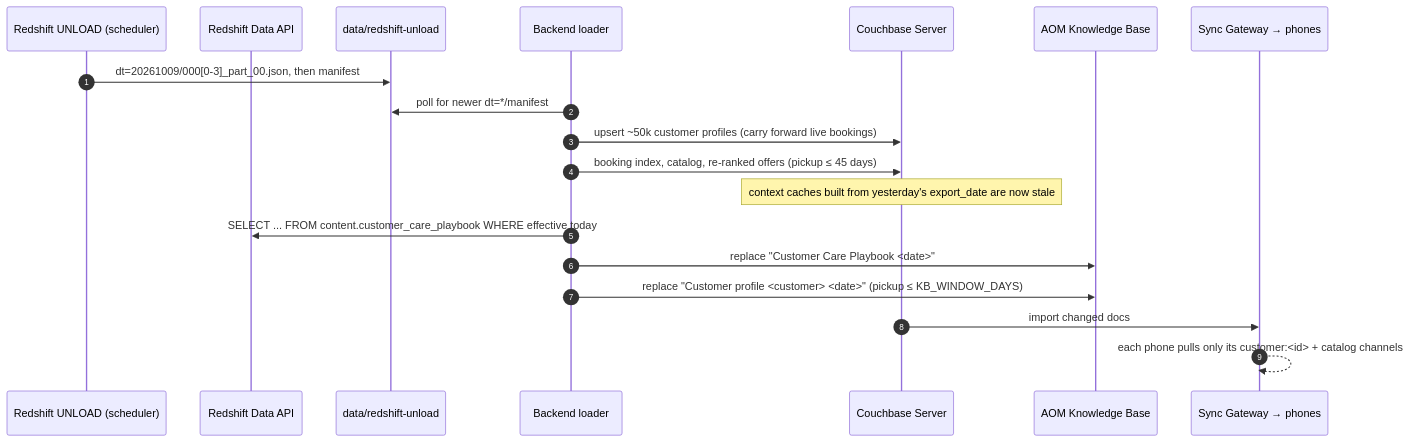
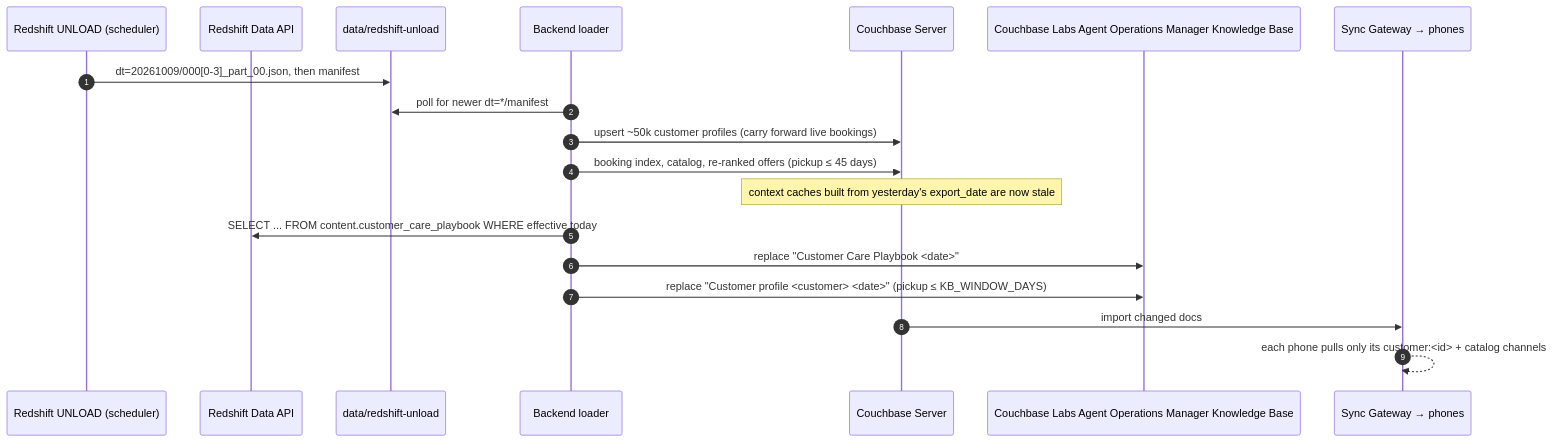
The second of 3 diagrams in README.md (Couchbase-Field-Engineering/couchbase-cars-mobile-ai-personalization-demo), drawn with Mermaid before and after one commit. The commit also changed other lines of this file and 12 other files, not shown here.

First line of the commit message:
Use the Couchbase Labs Agent Operations Manager name

````diff
--- a/README.md
+++ b/README.md
@@ -137,22 +137,22 @@
 ```mermaid
 sequenceDiagram
   autonumber
   participant DBX as Redshift UNLOAD (scheduler)
   participant Redshift as Redshift Data API
   participant DROP as data/redshift-unload
   participant L as Backend loader
   participant CB as Couchbase Server
-  participant AOM as AOM Knowledge Base
+  participant AOM as Couchbase Labs Agent Operations Manager Knowledge Base
   participant SG as Sync Gateway → phones
 
   DBX->>DROP: dt=20261009/000[0-3]_part_00.json, then manifest
   L->>DROP: poll for newer dt=*/manifest
   L->>CB: upsert ~50k customer profiles (carry forward live bookings)
   L->>CB: booking index, catalog, re-ranked offers (pickup ≤ 45 days)
   Note over CB: context caches built from yesterday's export_date are now stale
   L->>Redshift: SELECT ... FROM content.customer_care_playbook WHERE effective today
   L->>AOM: replace "Customer Care Playbook <date>"
   L->>AOM: replace "Customer profile <customer> <date>" (pickup ≤ KB_WINDOW_DAYS)
   CB->>SG: import changed docs
   SG-->>SG: each phone pulls only its customer:<id> + catalog channels
 ```
````
